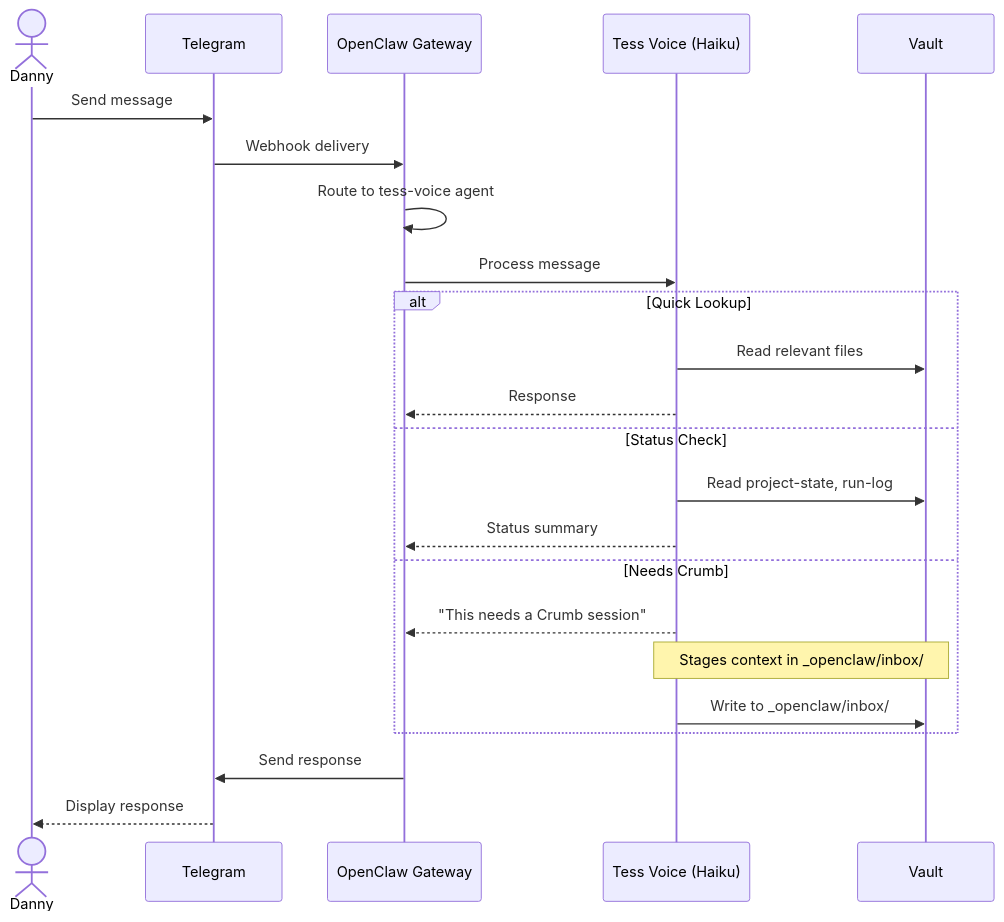
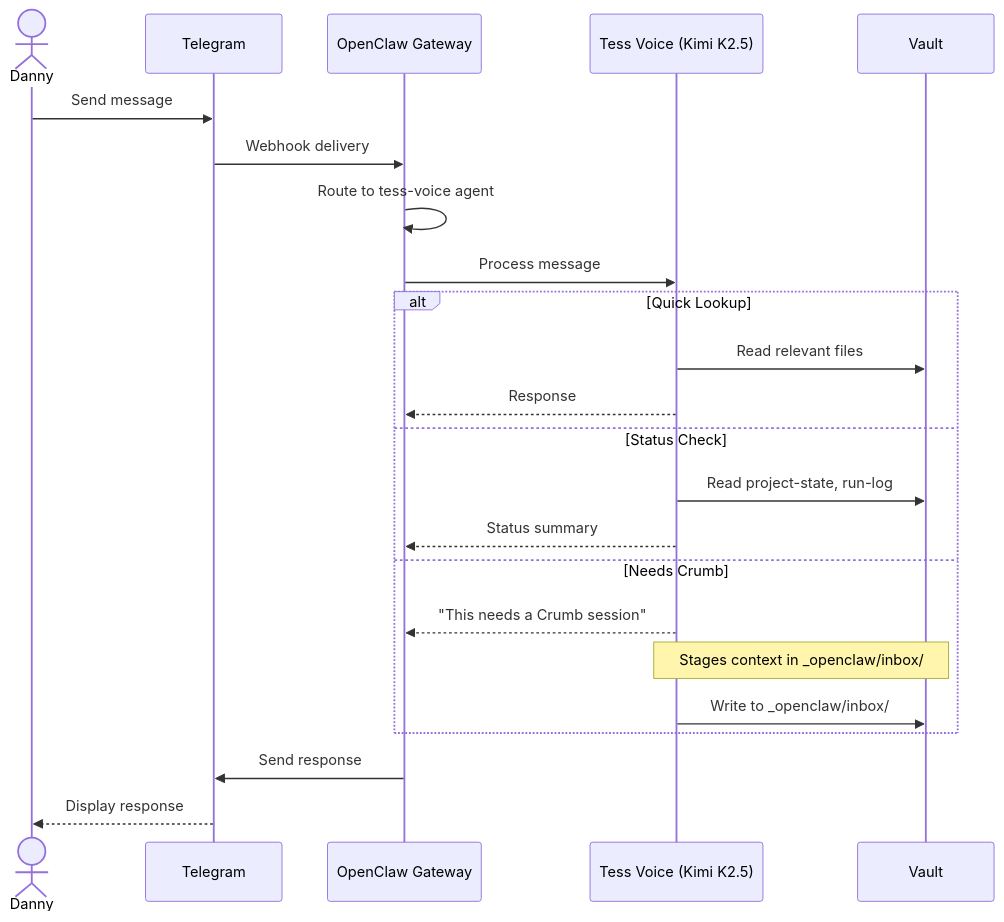
One commit to djt71/crumb-vault-mirror changed the second of 6 diagrams in _system/docs/architecture/03-runtime-views.md. Above: the diagram before and after it, drawn with Mermaid. The commit also changed other lines of this file and 15 other files, not shown here.

Commit message:
sync: docs(architecture): M2 refresh — all 6 Arc42 sections updated to 2026-04-11 state

````diff
--- a/_system/docs/architecture/03-runtime-views.md
+++ b/_system/docs/architecture/03-runtime-views.md
@@ -98,29 +98,29 @@
 ```mermaid
 %%{init: {'theme': 'default'}}%%
 sequenceDiagram
     actor Danny
     participant TG as Telegram
     participant GW as OpenClaw Gateway
-    participant TV as Tess Voice (Haiku)
+    participant TV as Tess Voice (Kimi K2.5)
     participant Vault
 
     Danny->>TG: Send message
     TG->>GW: Webhook delivery
     GW->>GW: Route to tess-voice agent
     GW->>TV: Process message
 
     alt Quick Lookup
         TV->>Vault: Read relevant files
         TV-->>GW: Response
     else Status Check
         TV->>Vault: Read project-state, run-log
         TV-->>GW: Status summary
     else Needs Crumb
         TV-->>GW: "This needs a Crumb session"
         Note over TV,Vault: Stages context in _openclaw/inbox/
         TV->>Vault: Write to _openclaw/inbox/
     end
 
     GW->>TG: Send response
     TG-->>Danny: Display response
 ```
````
